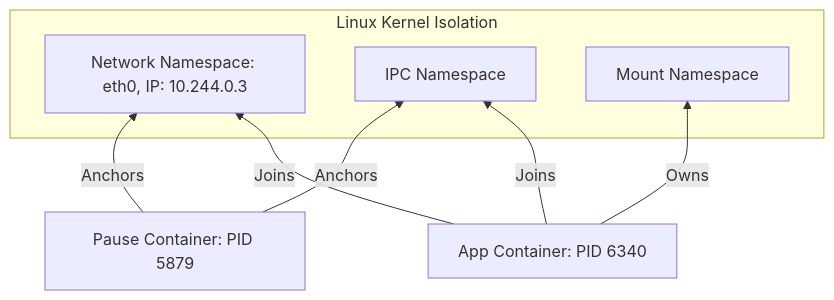
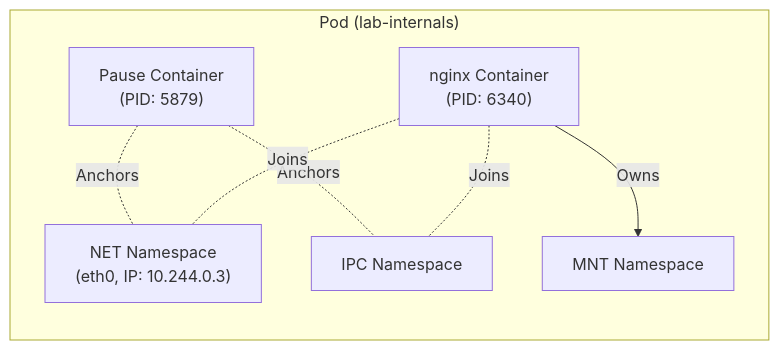
One commit to vinhnd20/vinhnd4 changed the fifth of 11 diagrams in blog/2026-03-18-pod/index.md. Above: the diagram before and after it, drawn with Mermaid. The commit also changed other lines of this file, not shown here.

````diff
--- a/blog/2026-03-18-pod/index.md
+++ b/blog/2026-03-18-pod/index.md
@@ -367,13 +346,10 @@
 ```mermaid
-graph BT
-    subgraph "Linux Kernel Isolation"
-        NET[Network Namespace: eth0, IP: 10.244.0.3]
-        IPC[IPC Namespace]
-        MNT[Mount Namespace]
+graph LR
+    subgraph Pod ["Pod (lab-internals)"]
+        Pause["Pause Container\n(PID: 5879)"] -.-|"Anchors"| NET["NET Namespace\n(eth0, IP: 10.244.0.3)"]
+        Pause -.-|"Anchors"| IPC["IPC Namespace"]
+        App["nginx Container\n(PID: 6340)"] -.-|"Joins"| NET
+        App -.-|"Joins"| IPC
+        App -->|"Owns"| MNT["MNT Namespace"]
     end
-    Nginx[App Container: PID 6340] --> |Joins| NET
-    Nginx --> |Joins| IPC
-    Nginx --> |Owns| MNT
-    Pause[Pause Container: PID 5879] --> |Anchors| NET
-    Pause --> |Anchors| IPC
 ```
````
